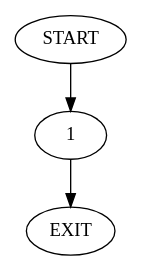
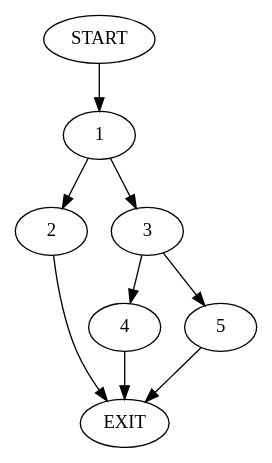
Before and after one commit to hmc-alpaqa/metrinome: the diagram in examples/cfgs/apache_cfgs/commons-weaver-antlib-1.1/org_apache_tools_ant_Project_setBasedir_0_basic.dot, drawn with Graphviz. The commit also changed 3 other files, not shown here.

```diff
--- a/examples/cfgs/apache_cfgs/commons-weaver-antlib-1.1/org_apache_tools_ant_Project_setBasedir_0_basic.dot
+++ b/examples/cfgs/apache_cfgs/commons-weaver-antlib-1.1/org_apache_tools_ant_Project_setBasedir_0_basic.dot
@@ -1,6 +1,12 @@
 digraph {
 0 [label="START"]
-2 [label="EXIT"]
+6 [label="EXIT"]
 0 -> 1
 1 -> 2
+1 -> 3
+2 -> 6
+3 -> 4
+3 -> 5
+5 -> 6
+4 -> 6
 }
```
